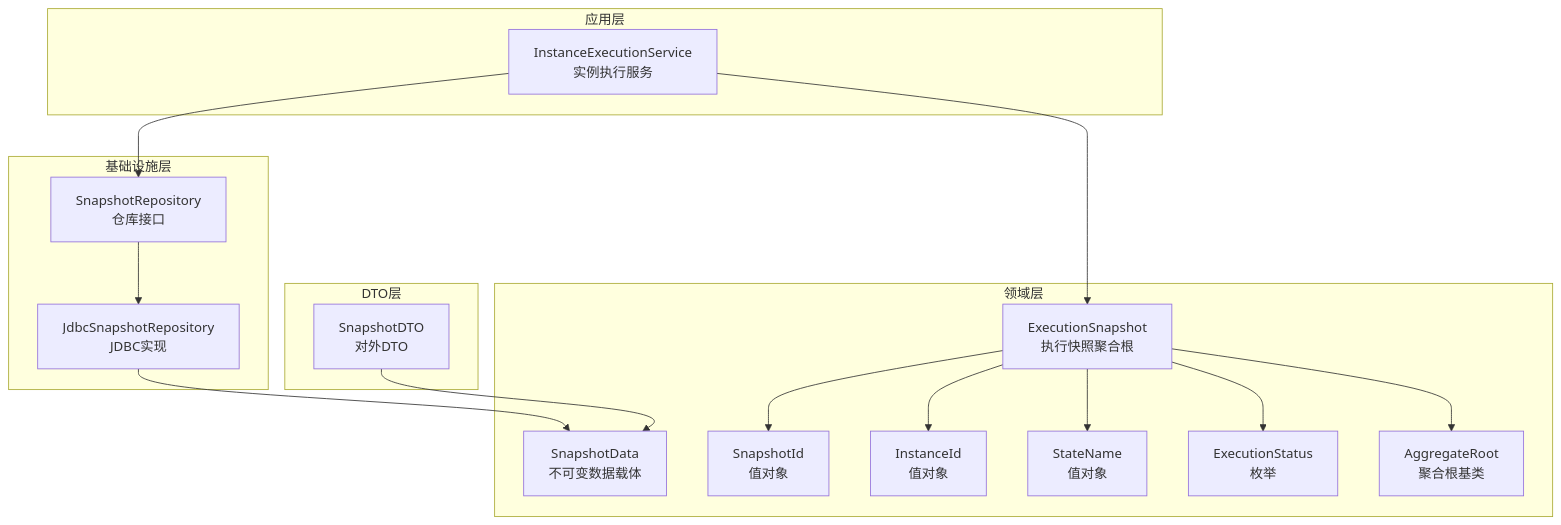
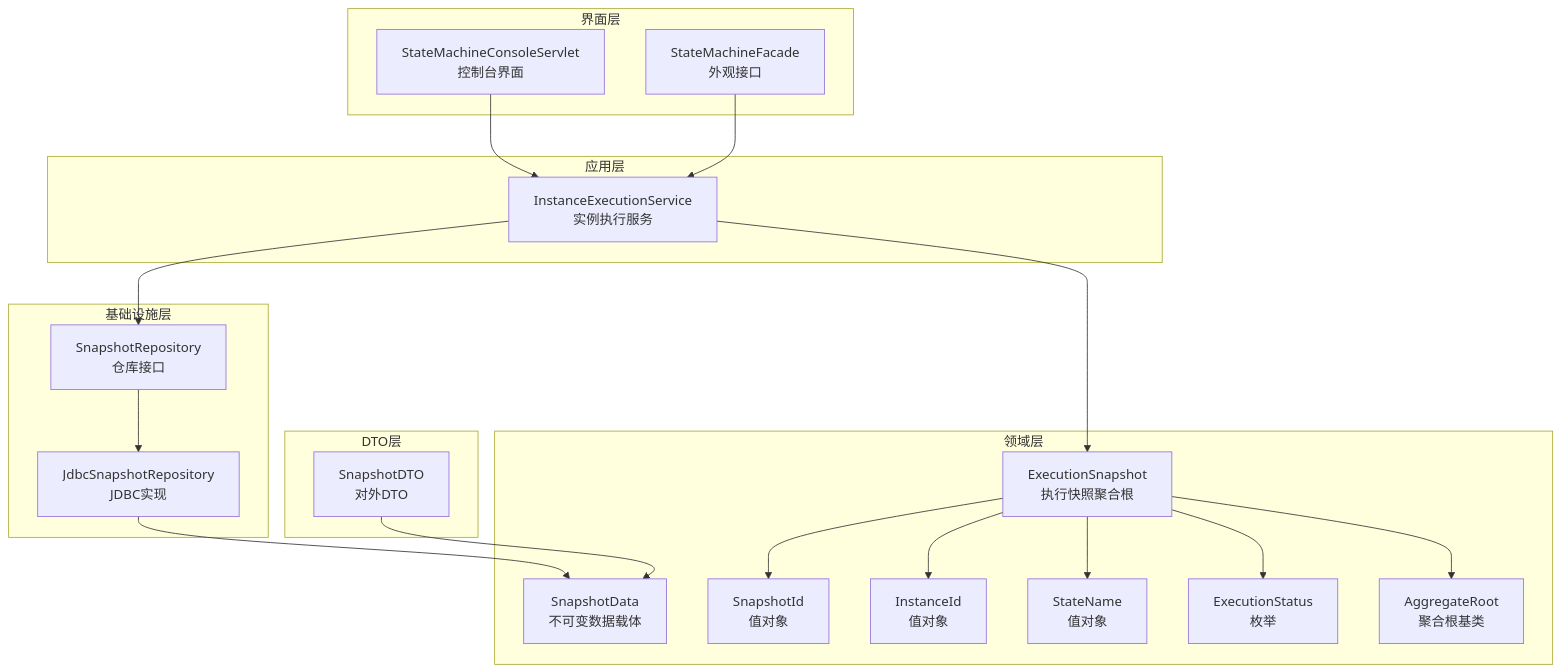
One commit to xiaoche80s-tech/state-machine-parent changed the first of 6 diagrams in .qoder/repowiki/zh/content/快照与恢复/执行快照设计.md. Above: the diagram before and after it, drawn with Mermaid. The commit also changed other lines of this file and 7 other files, not shown here.

````diff
--- a/.qoder/repowiki/zh/content/快照与恢复/执行快照设计.md
+++ b/.qoder/repowiki/zh/content/快照与恢复/执行快照设计.md
@@ -47,32 +58,38 @@
 ```mermaid
 graph TB
 subgraph "领域层"
 ES["ExecutionSnapshot<br/>执行快照聚合根"]
 SD["SnapshotData<br/>不可变数据载体"]
 SI["SnapshotId<br/>值对象"]
 II["InstanceId<br/>值对象"]
 SN["StateName<br/>值对象"]
 ST["ExecutionStatus<br/>枚举"]
 AR["AggregateRoot<br/>聚合根基类"]
 end
 subgraph "应用层"
 IES["InstanceExecutionService<br/>实例执行服务"]
 end
 subgraph "基础设施层"
 SR["SnapshotRepository<br/>仓库接口"]
 JSR["JdbcSnapshotRepository<br/>JDBC实现"]
 end
 subgraph "DTO层"
 DTO["SnapshotDTO<br/>对外DTO"]
 end
+subgraph "界面层"
+CONSOLE["StateMachineConsoleServlet<br/>控制台界面"]
+FACADE["StateMachineFacade<br/>外观接口"]
+end
 ES --> SI
 ES --> II
 ES --> SN
 ES --> ST
 ES --> AR
 IES --> ES
 IES --> SR
 SR --> JSR
 JSR --> SD
 DTO --> SD
+CONSOLE --> IES
+FACADE --> IES
 ```
````
